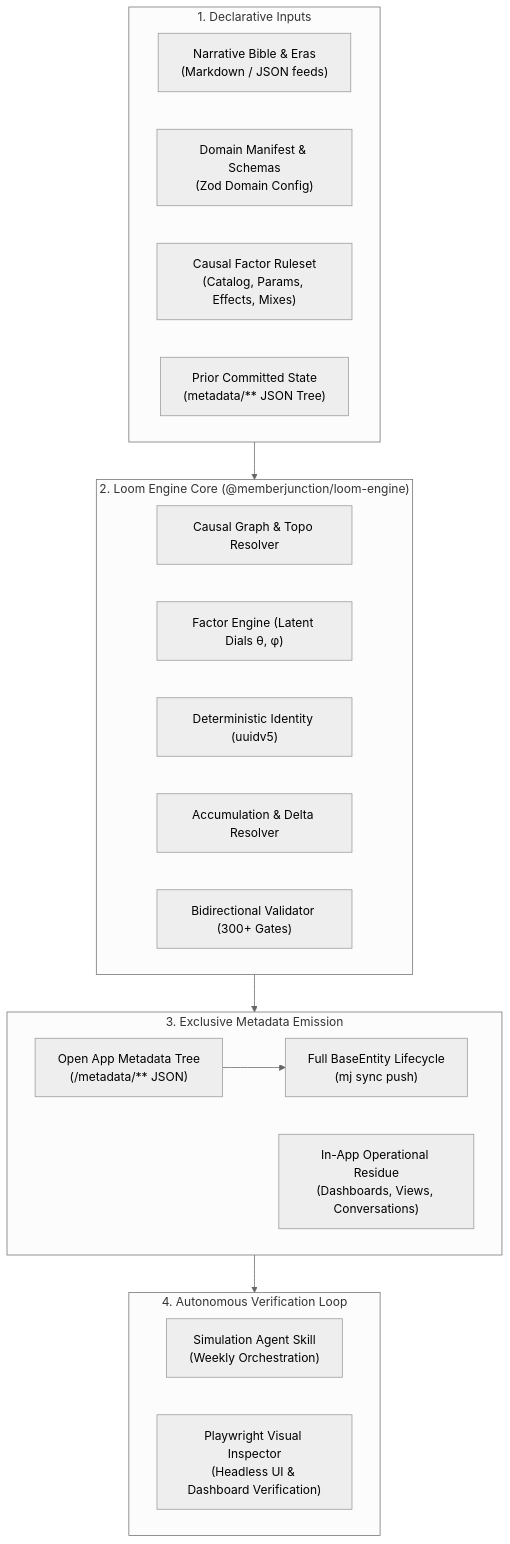
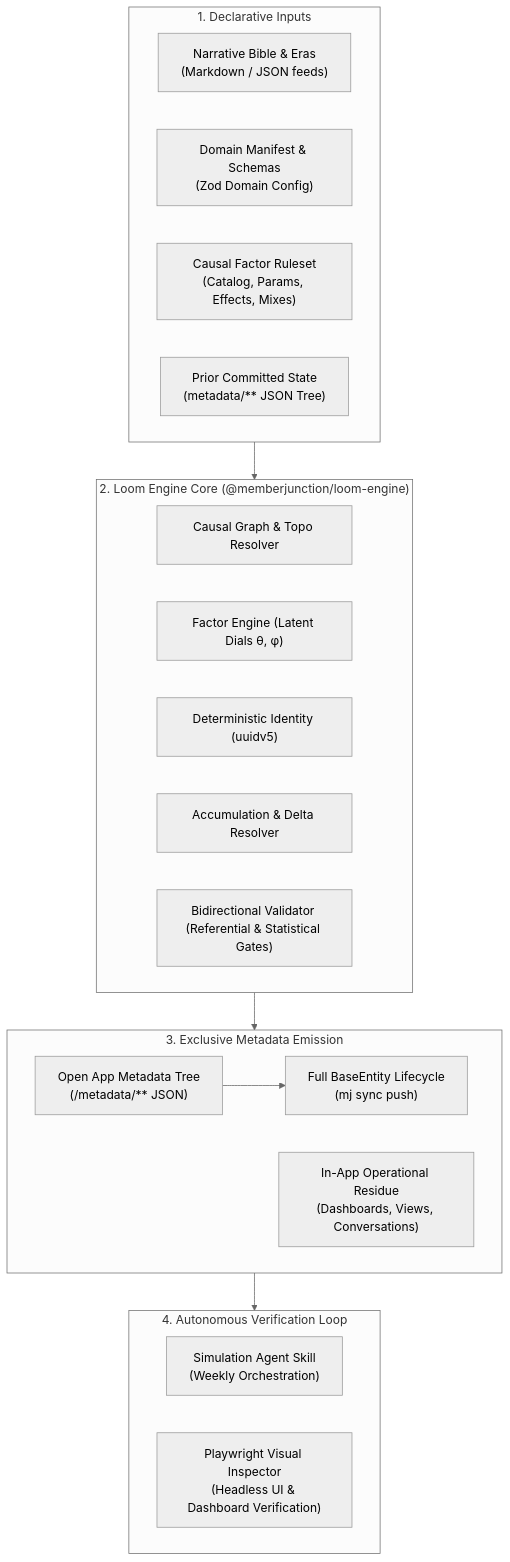
One commit to MemberJunction/loom changed the first of 2 diagrams in plans/loom-architecture-and-implementation-plan.md. Above: the diagram before and after it, drawn with Mermaid (neutral theme). The commit also changed other lines of this file and 33 other files, not shown here.

````diff
--- a/plans/loom-architecture-and-implementation-plan.md
+++ b/plans/loom-architecture-and-implementation-plan.md
@@ -59,33 +59,33 @@
 ```mermaid
 flowchart TD
     subgraph Inputs ["1. Declarative Inputs"]
         NC["Narrative Bible & Eras<br/>(Markdown / JSON feeds)"]
         DC["Domain Manifest & Schemas<br/>(Zod Domain Config)"]
         RS["Causal Factor Ruleset<br/>(Catalog, Params, Effects, Mixes)"]
         PS["Prior Committed State<br/>(metadata/** JSON Tree)"]
     end
 
     subgraph LoomCore ["2. Loom Engine Core (@memberjunction/loom-engine)"]
         CR["Causal Graph & Topo Resolver"]
         FR["Factor Engine (Latent Dials θ, φ)"]
         IS["Deterministic Identity (uuidv5)"]
         AR["Accumulation & Delta Resolver"]
-        VR["Bidirectional Validator (300+ Gates)"]
+        VR["Bidirectional Validator (Referential & Statistical Gates)"]
     end
 
     subgraph Emitters ["3. Exclusive Metadata Emission"]
         MS["Open App Metadata Tree<br/>(/metadata/** JSON)"]
         BE["Full BaseEntity Lifecycle<br/>(mj sync push)"]
         ARF["In-App Operational Residue<br/>(Dashboards, Views, Conversations)"]
     end
 
     subgraph VisualVerification ["4. Autonomous Verification Loop"]
         SKILL["Simulation Agent Skill<br/>(Weekly Orchestration)"]
         PW["Playwright Visual Inspector<br/>(Headless UI & Dashboard Verification)"]
     end
 
     Inputs --> LoomCore
     LoomCore --> Emitters
     MS --> BE
     Emitters --> VisualVerification
 ```
````
